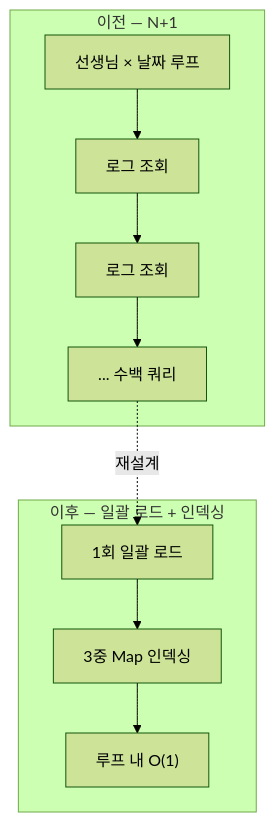
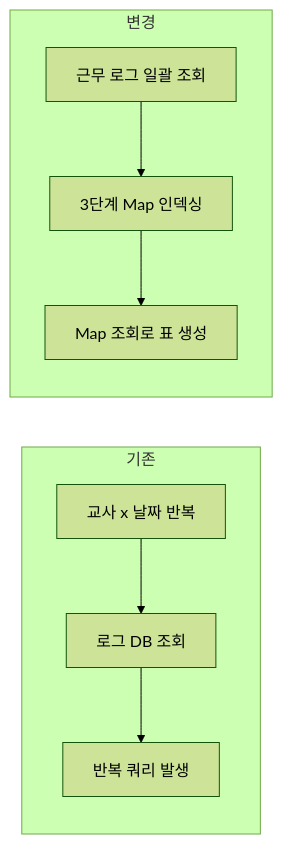
Before and after one commit to thdwjdrl401/dev_retrospective: the fifth of 11 diagrams in moiso/README.md, drawn with Mermaid (forest theme). The commit also changed other lines of this file, not shown here.

````diff
--- a/moiso/README.md
+++ b/moiso/README.md
@@ -90,10 +199,12 @@
 ```mermaid
-flowchart TB
-  subgraph before ["이전 — N+1"]
-    L1["선생님 × 날짜 루프"] --> Q1["로그 조회"] --> Q2["로그 조회"] --> Q3["... 수백 쿼리"]
-  end
-  subgraph after ["이후 — 일괄 로드 + 인덱싱"]
-    B1["1회 일괄 로드"] --> B2["3중 Map 인덱싱"] --> B3["루프 내 O(1)"]
-  end
-  Q3 -. 재설계 .-> B1
+flowchart LR
+    subgraph BEFORE["기존"]
+        A["교사 x 날짜 반복"] --> B["로그 DB 조회"]
+        B --> C["반복 쿼리 발생"]
+    end
+
+    subgraph AFTER["변경"]
+        D["근무 로그 일괄 조회"] --> E["3단계 Map 인덱싱"]
+        E --> F["Map 조회로 표 생성"]
+    end
 ```
````
